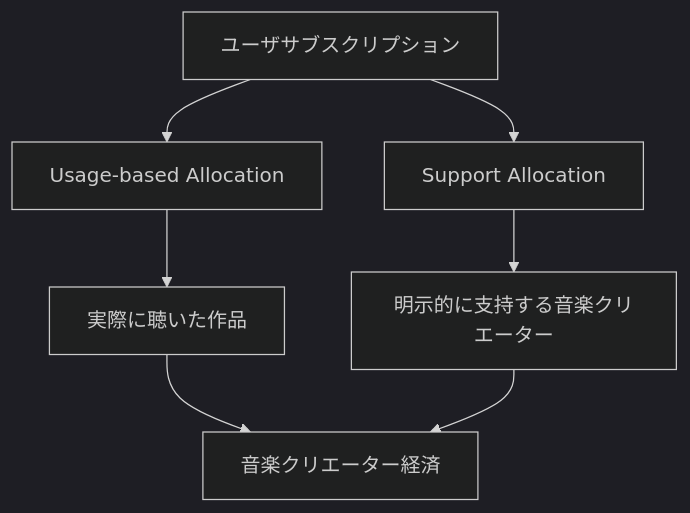
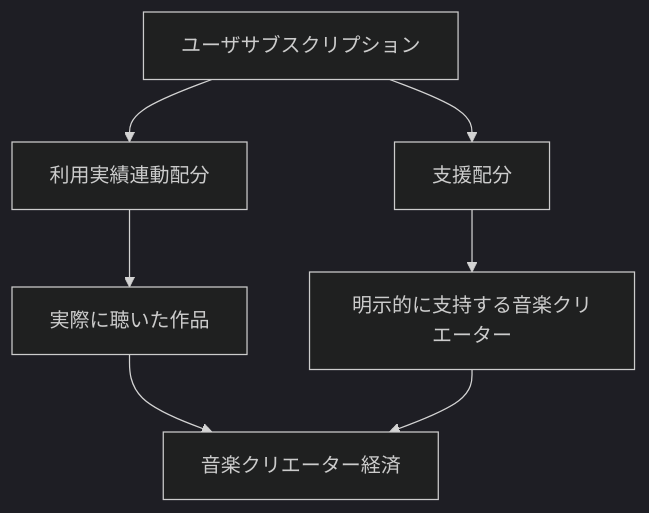
One commit to ShigeichiroYamasaki/creator-first-platform changed diagram 11 of 17 in docs/whitepaper/03-rights-and-money.md. Above: the diagram before and after it, drawn with Mermaid (dark theme). The commit also changed other lines of this file and 72 other files, not shown here.

````diff
--- a/docs/whitepaper/03-rights-and-money.md
+++ b/docs/whitepaper/03-rights-and-money.md
@@ -277,10 +277,10 @@
 ```mermaid
 flowchart TD
     SUB[ユーザサブスクリプション]
-    SUB --> BASE[Usage-based Allocation]
-    SUB --> SUPPORT[Support Allocation]
+    SUB --> BASE[利用実績連動配分]
+    SUB --> SUPPORT[支援配分]
     BASE --> LISTENED[実際に聴いた作品]
     SUPPORT --> FAVORITE[明示的に支持する音楽クリエーター]
     LISTENED --> ECON[音楽クリエーター経済]
     FAVORITE --> ECON
 ```
````
